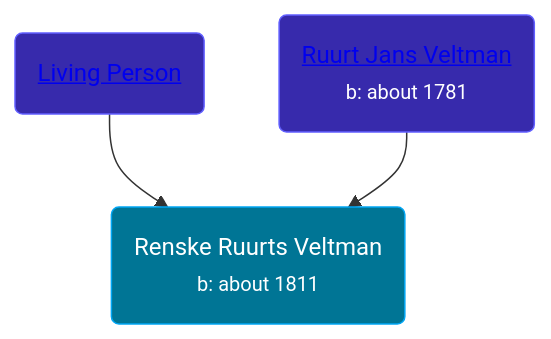
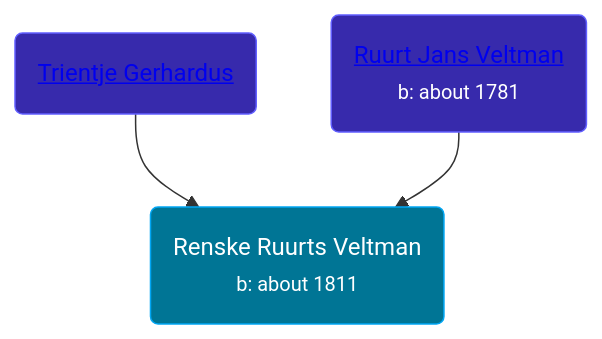
One commit to wpmgotkh/wpmgotkh.github.io changed the diagram in pages/people/6/61029791.md. Above: the diagram before and after it, drawn with Mermaid. The commit also changed other lines of this file and 586 other files, not shown here.

Commit message:
feat: better shouldConsiderPersonLiving algo

````diff
--- a/pages/people/6/61029791.md
+++ b/pages/people/6/61029791.md
@@ -10,9 +10,9 @@
 ```mermaid
 graph
 classDef grands fill:#193cb8,stroke:#2b7fff,stroke-width:1px,color:#fff;
 classDef parents fill:#372aac,stroke:#615fff,stroke-width:1px,color:#fff;
 classDef primary fill:#007595,stroke:#00a6f4,stroke-width:1px,color:#fff;
 61029791(Renske Ruurts Veltman<br /><small>b: about 1811</small>):::primary
-5258118(<a class="text-white" href="/people/5/5258118">Living Person</a>):::parents-->61029791
+5258118(<a class="text-white" href="/people/5/5258118">Trientje Gerhardus</a>):::parents-->61029791
 53462276(<a class="text-white" href="/people/5/53462276">Ruurt Jans Veltman</a><br /><small>b: about 1781</small>):::parents-->61029791
 ```
````
